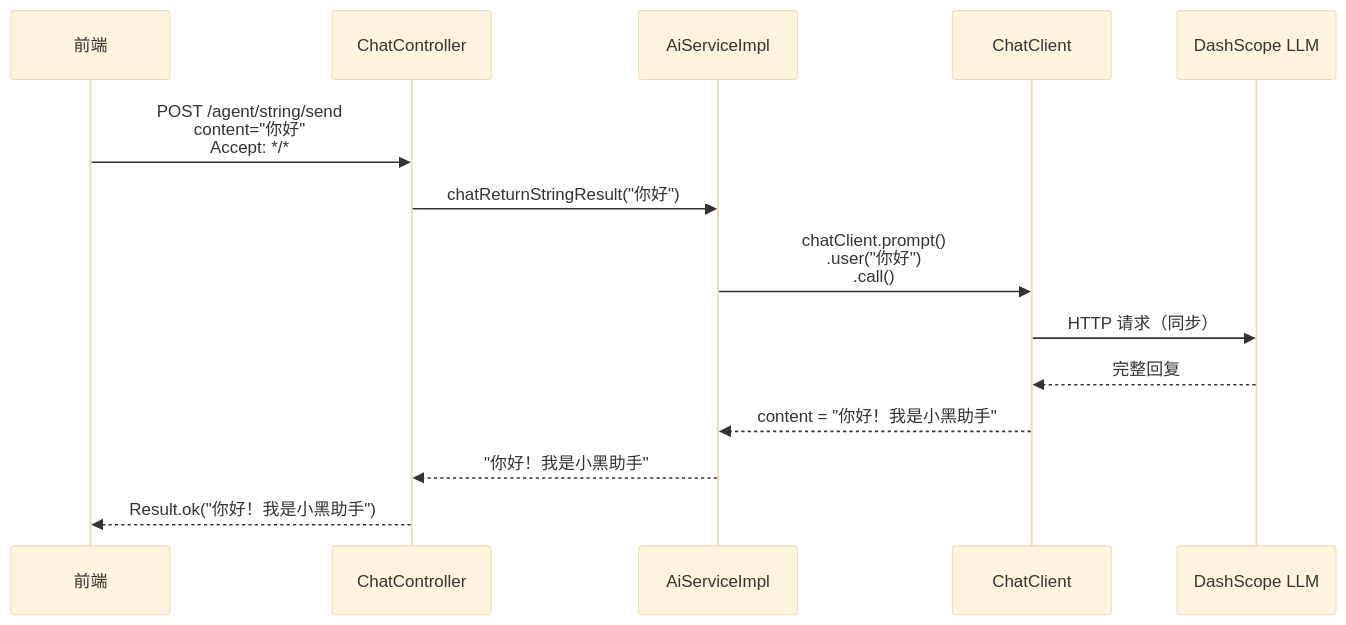
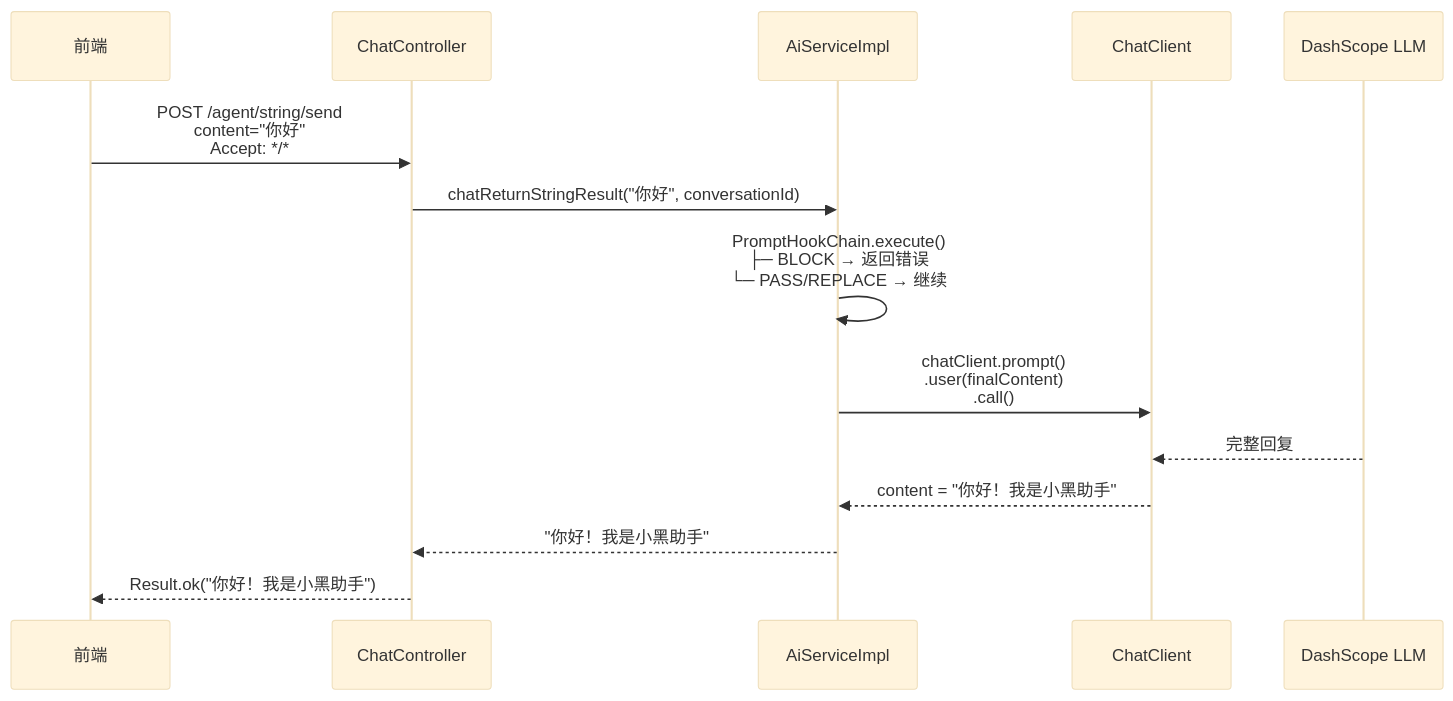
Before and after one commit to vacontinuejatotired/hm-dianping: the third of 4 diagrams in md/agent/Agent模块架构设计.md, drawn with Mermaid (base theme). The commit also changed other lines of this file and 1 other file, not shown here.

First line of the commit message:
docs: 更新 Agent 模块架构文档和发展路线图

````diff
--- a/md/agent/Agent模块架构设计.md
+++ b/md/agent/Agent模块架构设计.md
@@ -591,17 +739,17 @@
 ```mermaid
 sequenceDiagram
     participant Client as 前端
     participant CC as ChatController
     participant AS as AiServiceImpl
     participant CC2 as ChatClient
     participant LLM as DashScope LLM
     
     Client->>CC: POST /agent/string/send<br/>content="你好"<br/>Accept: */*
-    CC->>AS: chatReturnStringResult("你好")
-    AS->>CC2: chatClient.prompt()<br/>.user("你好")<br/>.call()
-    CC2->>LLM: HTTP 请求（同步）
+    CC->>AS: chatReturnStringResult("你好", conversationId)
+    AS->>AS: PromptHookChain.execute()<br/>├─ BLOCK → 返回错误<br/>└─ PASS/REPLACE → 继续
+    AS->>CC2: chatClient.prompt()<br/>.user(finalContent)<br/>.call()
     LLM-->>CC2: 完整回复
     CC2-->>AS: content = "你好！我是小黑助手"
     AS-->>CC: "你好！我是小黑助手"
     CC-->>Client: Result.ok("你好！我是小黑助手")
 ```
````
